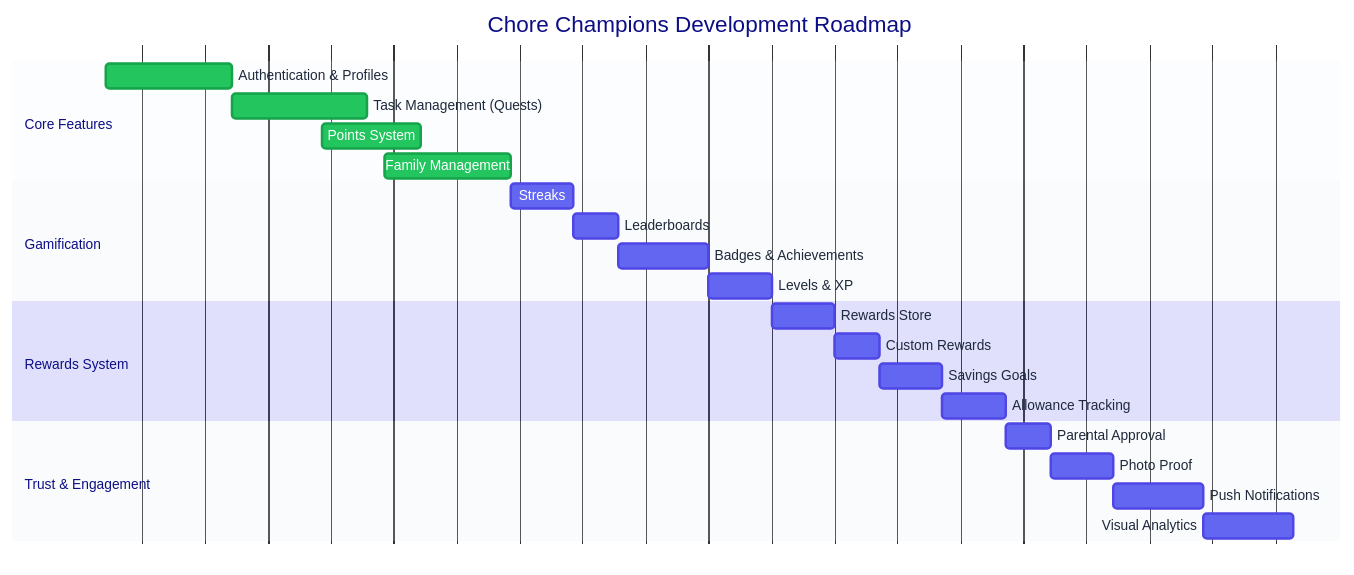
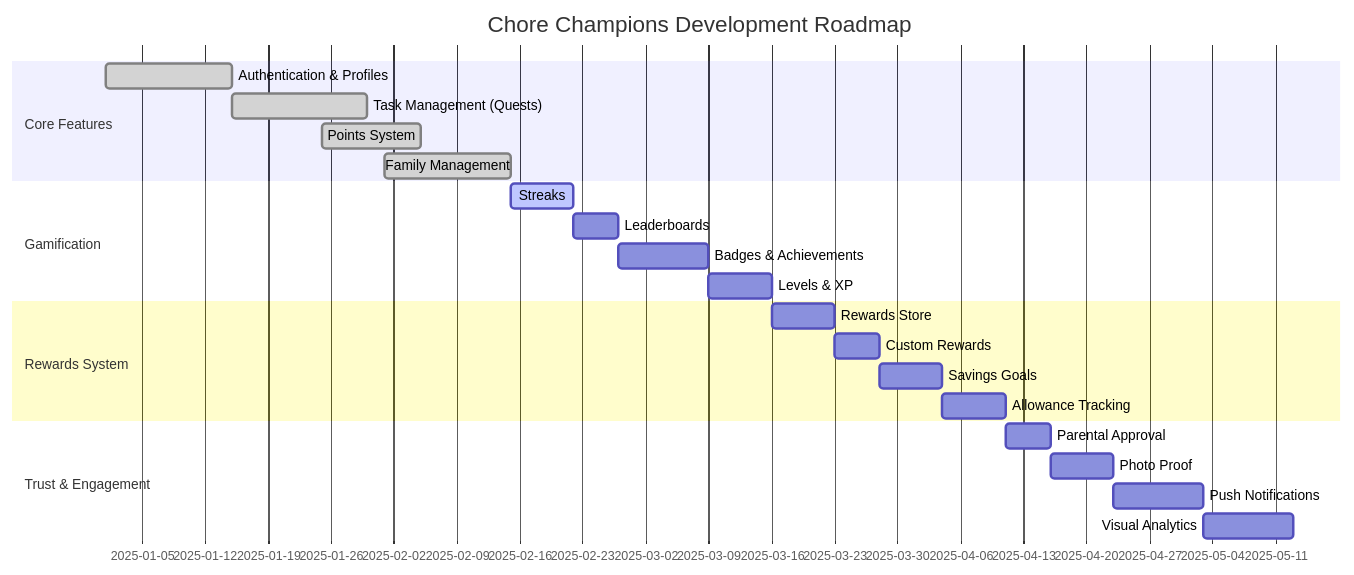
One commit to anisha-agarwal/chore-champions changed the sixth of 6 diagrams in README.md. Above: the diagram before and after it, drawn with Mermaid. The commit also changed other lines of this file and 2 other files, not shown here.

First line of the commit message:
Use default Mermaid theme for cleaner diagrams

````diff
--- a/README.md
+++ b/README.md
@@ -228,30 +228,30 @@
 ```mermaid
-%%{init: {'theme': 'base', 'themeVariables': {'primaryColor': '#6366f1', 'primaryTextColor': '#fff', 'primaryBorderColor': '#4f46e5', 'lineColor': '#64748b', 'sectionBkgColor': '#f1f5f9', 'altSectionBkgColor': '#e2e8f0', 'gridColor': '#94a3b8', 'todayLineColor': '#ef4444', 'taskTextColor': '#fff', 'taskTextOutsideColor': '#1e293b', 'doneTaskBkgColor': '#22c55e', 'doneTaskBorderColor': '#16a34a', 'activeTaskBkgColor': '#6366f1', 'activeTaskBorderColor': '#4f46e5'}}}%%
+%%{init: {'theme': 'default'}}%%
 gantt
     title Chore Champions Development Roadmap
     dateFormat YYYY-MM-DD
 
     section Core Features
     Authentication & Profiles     :done, auth, 2025-01-01, 2025-01-15
     Task Management (Quests)      :done, tasks, 2025-01-15, 2025-01-30
     Points System                 :done, points, 2025-01-25, 2025-02-05
     Family Management             :done, family, 2025-02-01, 2025-02-15
 
     section Gamification
     Streaks                       :active, streaks, 2025-02-15, 7d
     Leaderboards                  :leaderboard, after streaks, 5d
     Badges & Achievements         :badges, after leaderboard, 10d
     Levels & XP                   :levels, after badges, 7d
 
     section Rewards System
     Rewards Store                 :store, after levels, 7d
     Custom Rewards                :custom, after store, 5d
     Savings Goals                 :savings, after custom, 7d
     Allowance Tracking            :allowance, after savings, 7d
 
     section Trust & Engagement
     Parental Approval             :approval, after allowance, 5d
     Photo Proof                   :photo, after approval, 7d
     Push Notifications            :notif, after photo, 10d
     Visual Analytics              :analytics, after notif, 10d
 ```
````
